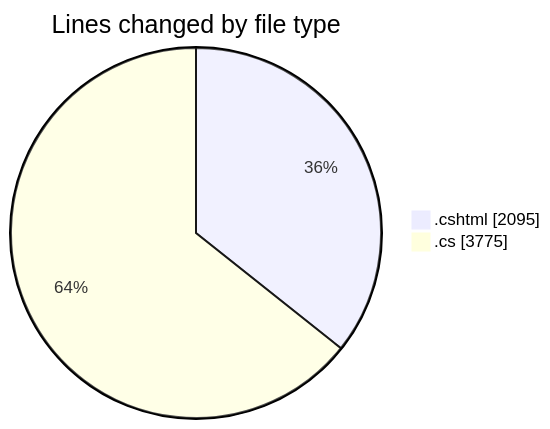
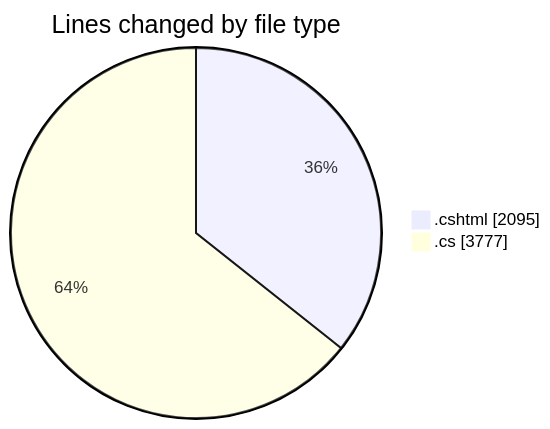
The first of 2 diagrams in 2025-07-17/nhahang/README.md (lephambinh05/code-tracking), drawn with Mermaid before and after one commit. The commit also changed other lines of this file and 1 other file, not shown here.

````diff
--- a/2025-07-17/nhahang/README.md
+++ b/2025-07-17/nhahang/README.md
@@ -92,6 +92,6 @@
 ```mermaid
 pie showData
 title Lines changed by file type
 ".cshtml" : 2095
-".cs" : 3775
+".cs" : 3777
 ```
````
